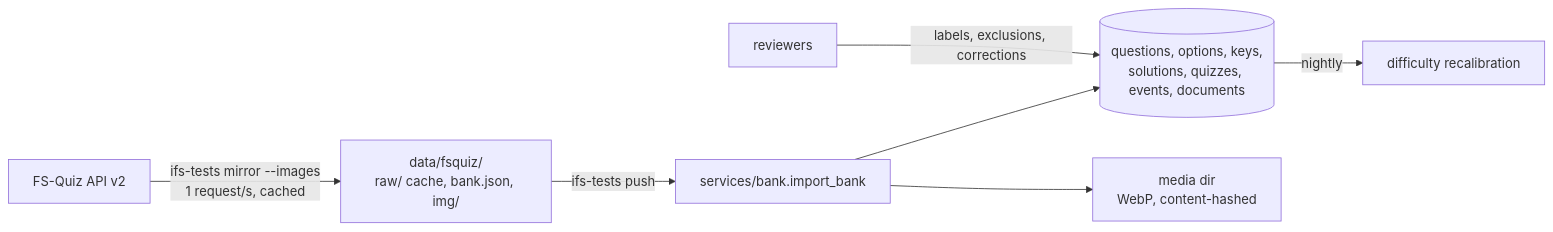
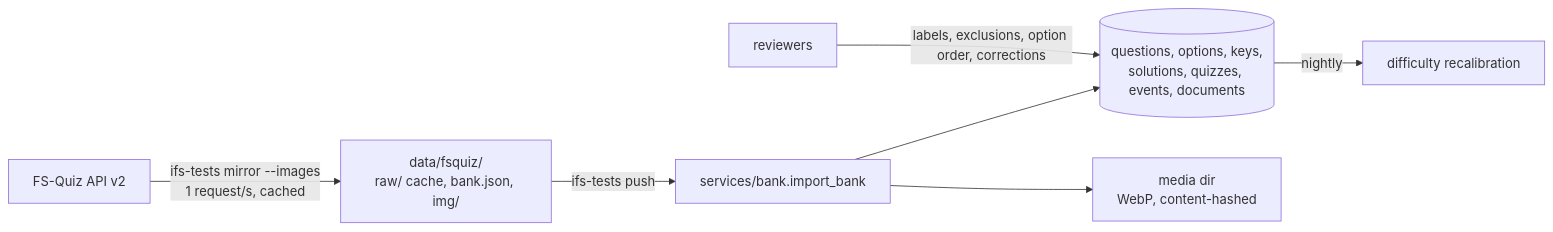
The fourth of 4 diagrams in docs/architecture.md (isc-fs/IFS-Tests), drawn with Mermaid before and after one commit. The commit also changed other lines of this file and 37 other files, not shown here.

````diff
--- a/docs/architecture.md
+++ b/docs/architecture.md
@@ -251,9 +253,9 @@
 ```mermaid
 flowchart LR
     F["FS-Quiz API v2"] -->|"ifs-tests mirror --images<br/>1 request/s, cached"| M["data/fsquiz/<br/>raw/ cache, bank.json, img/"]
     M -->|"ifs-tests push"| I["services/bank.import_bank"]
     I --> DB[("questions, options, keys,<br/>solutions, quizzes, events, documents")]
     I --> MD["media dir<br/>WebP, content-hashed"]
     DB -->|"nightly"| R["difficulty recalibration"]
-    RV["reviewers"] -->|"labels, exclusions, corrections"| DB
+    RV["reviewers"] -->|"labels, exclusions, option order, corrections"| DB
 ```
````
